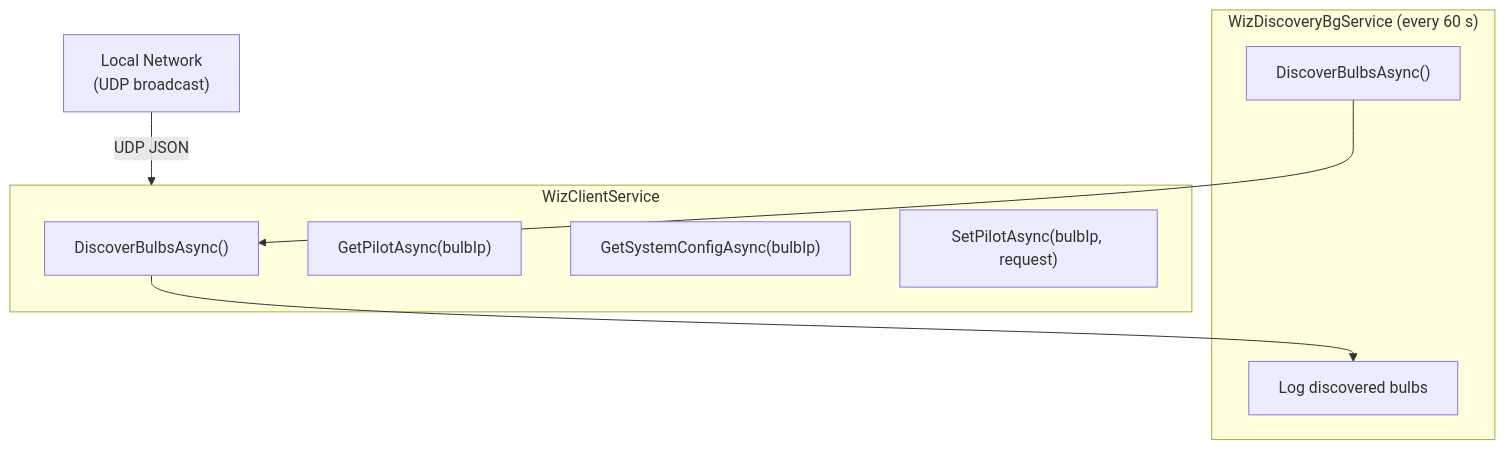
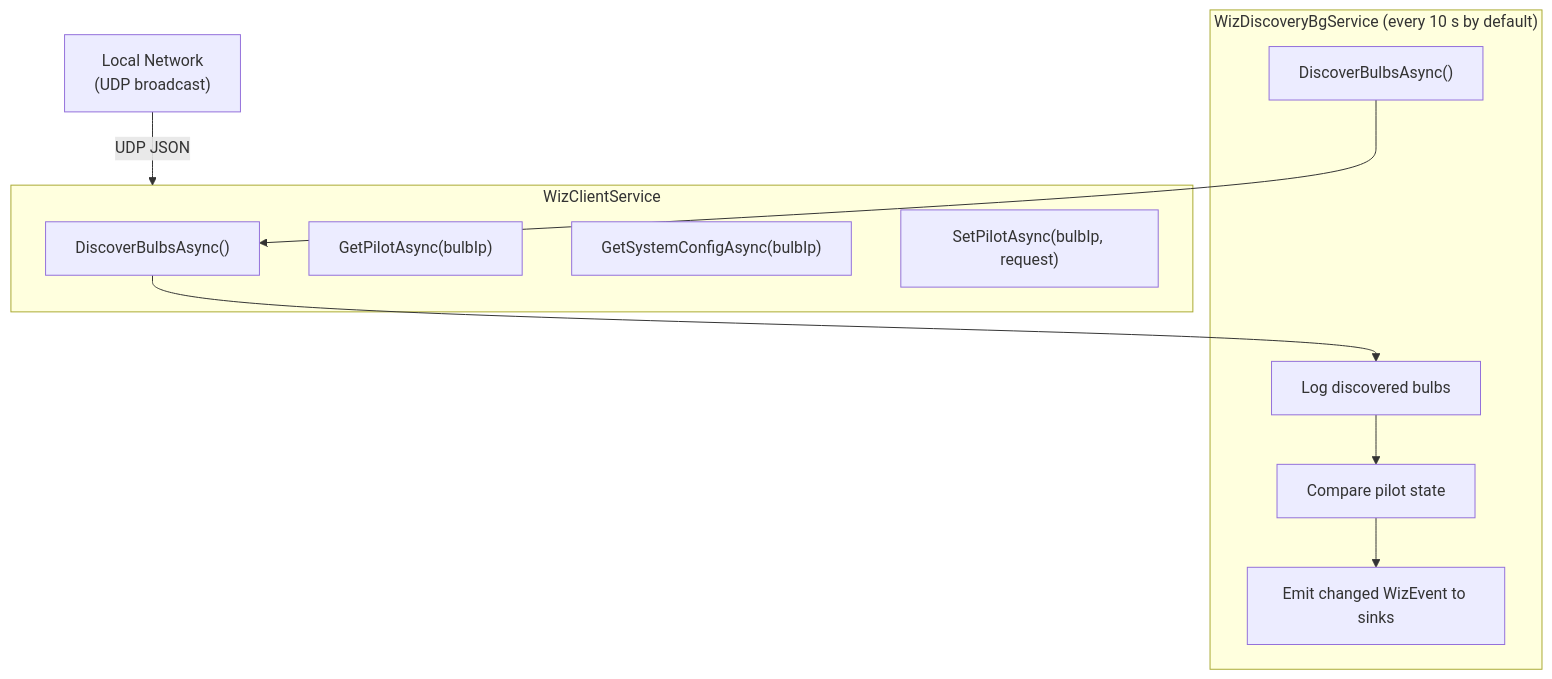
One commit to f2calv/SmartHaus changed the diagram in src/CasCap.Api.Wiz/README.md. Above: the diagram before and after it, drawn with Mermaid. The commit also changed other lines of this file and 34 other files, not shown here.

````diff
--- a/src/CasCap.Api.Wiz/README.md
+++ b/src/CasCap.Api.Wiz/README.md
@@ -74,20 +108,23 @@
 ```mermaid
 flowchart TD
     NETWORK["Local Network\n(UDP broadcast)"]
 
-    subgraph BgService["WizDiscoveryBgService (every 60 s)"]
+    subgraph BgService["WizDiscoveryBgService (every 10 s by default)"]
         DISCOVER["DiscoverBulbsAsync()"]
         LOG["Log discovered bulbs"]
+        COMPARE["Compare pilot state"]
+        EMIT["Emit changed WizEvent to sinks"]
     end
 
     subgraph Client["WizClientService"]
         DISC["DiscoverBulbsAsync()"]
         GET_PILOT["GetPilotAsync(bulbIp)"]
         GET_SYS["GetSystemConfigAsync(bulbIp)"]
         SET_PILOT["SetPilotAsync(bulbIp, request)"]
     end
 
     NETWORK -->|UDP JSON| Client
     DISCOVER --> DISC
     DISC --> LOG
+    LOG --> COMPARE --> EMIT
 ```
````
